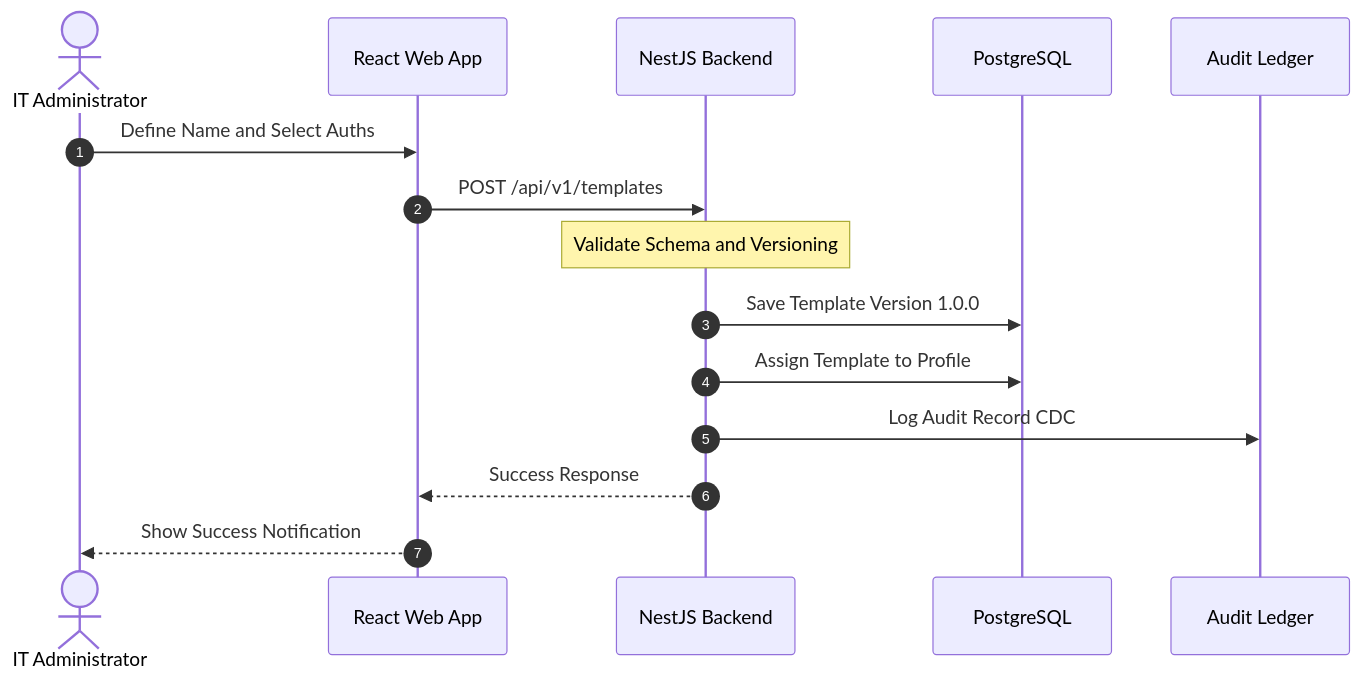
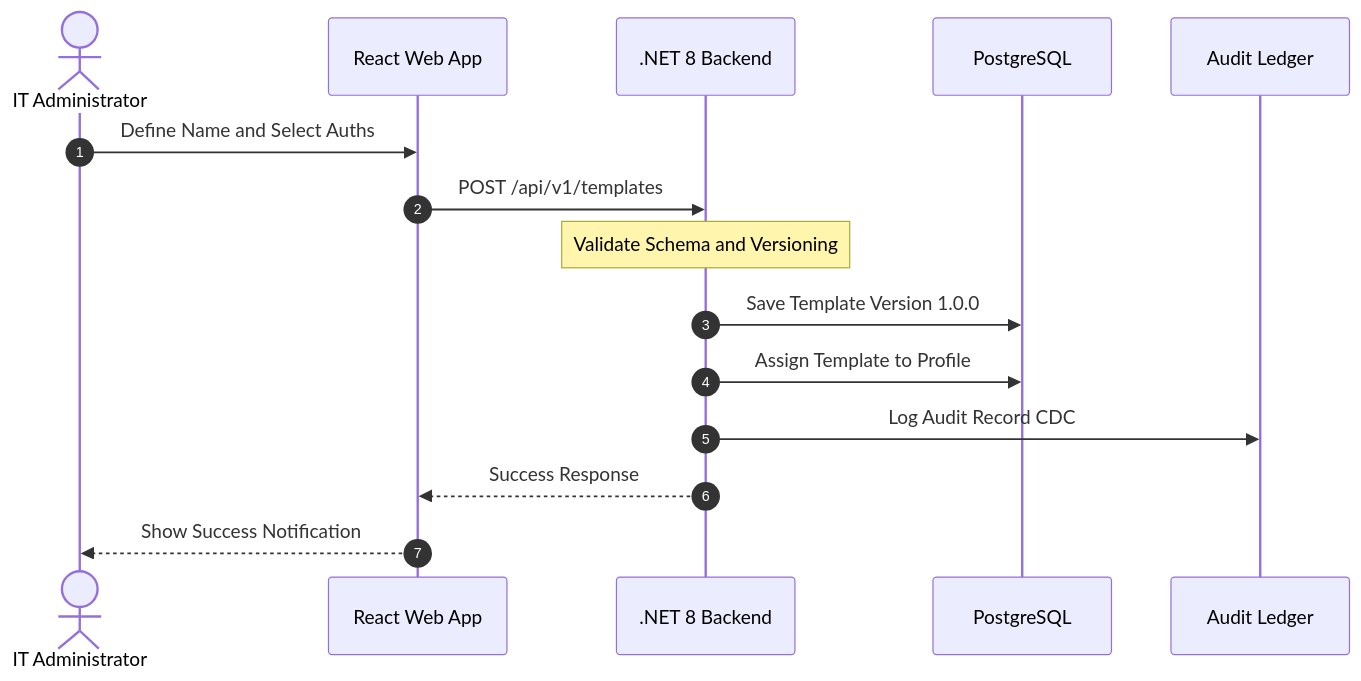
The diagram in src/ums-workspace/docs/en/01-requirements/usecases/uc-03-create-authorization-template.md (beyondnetcode/ums), drawn with Mermaid before and after one commit. The commit also changed 27 other files, not shown here.

````diff
--- a/src/ums-workspace/docs/en/01-requirements/usecases/uc-03-create-authorization-template.md
+++ b/src/ums-workspace/docs/en/01-requirements/usecases/uc-03-create-authorization-template.md
@@ -20,18 +20,18 @@
 ```mermaid
 sequenceDiagram
     autonumber
     actor Admin as IT Administrator
     participant Web as React Web App
-    participant API as NestJS Backend
+    participant API as .NET 8 Backend
     participant DB as PostgreSQL
     participant Audit as Audit Ledger
 
     Admin->>Web: Define Name and Select Auths
     Web->>API: POST /api/v1/templates
     Note over API: Validate Schema and Versioning
     API->>DB: Save Template Version 1.0.0
     API->>DB: Assign Template to Profile
     API->>Audit: Log Audit Record CDC
     API-->>Web: Success Response
     Web-->>Admin: Show Success Notification
 ```
````
